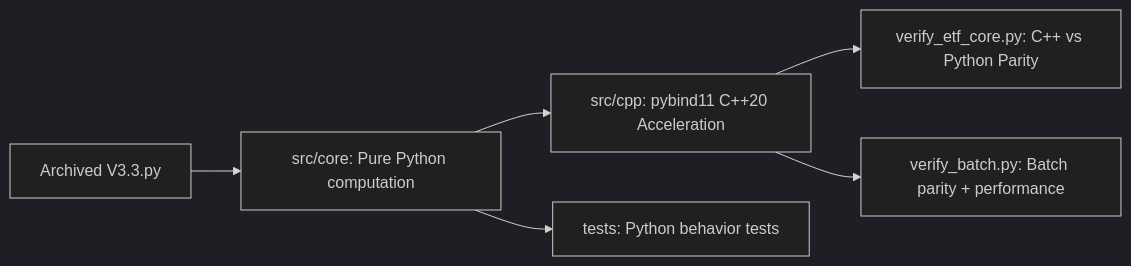
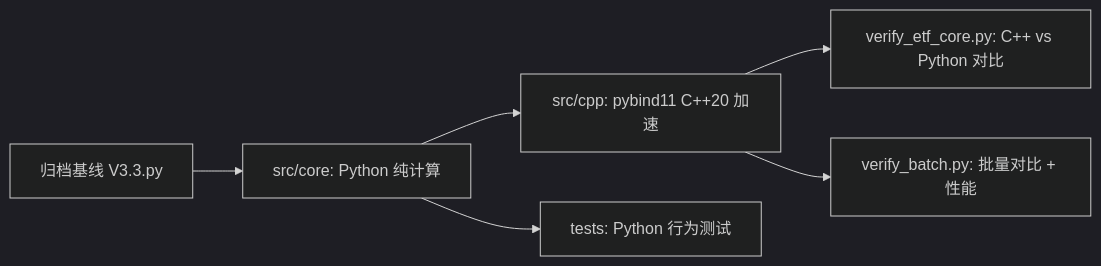
The diagram in README.md (redamancy231-create/etf-pattern-match-pybind11), drawn with Mermaid (dark theme) before and after one commit. The commit also changed other lines of this file and 2 other files, not shown here.

````diff
--- a/README.md
+++ b/README.md
@@ -90,8 +96,8 @@
 ```mermaid
 flowchart LR
-    A["Archived V3.3.py"] --> B["src/core: Pure Python computation"]
-    B --> C["src/cpp: pybind11 C++20 Acceleration"]
-    B --> D["tests: Python behavior tests"]
-    C --> E["verify_etf_core.py: C++ vs Python Parity"]
-    C --> F["verify_batch.py: Batch parity + performance"]
+    A["归档基线 V3.3.py"] --> B["src/core: Python 纯计算"]
+    B --> C["src/cpp: pybind11 C++20 加速"]
+    B --> D["tests: Python 行为测试"]
+    C --> E["verify_etf_core.py: C++ vs Python 对比"]
+    C --> F["verify_batch.py: 批量对比 + 性能"]
 ```
````
